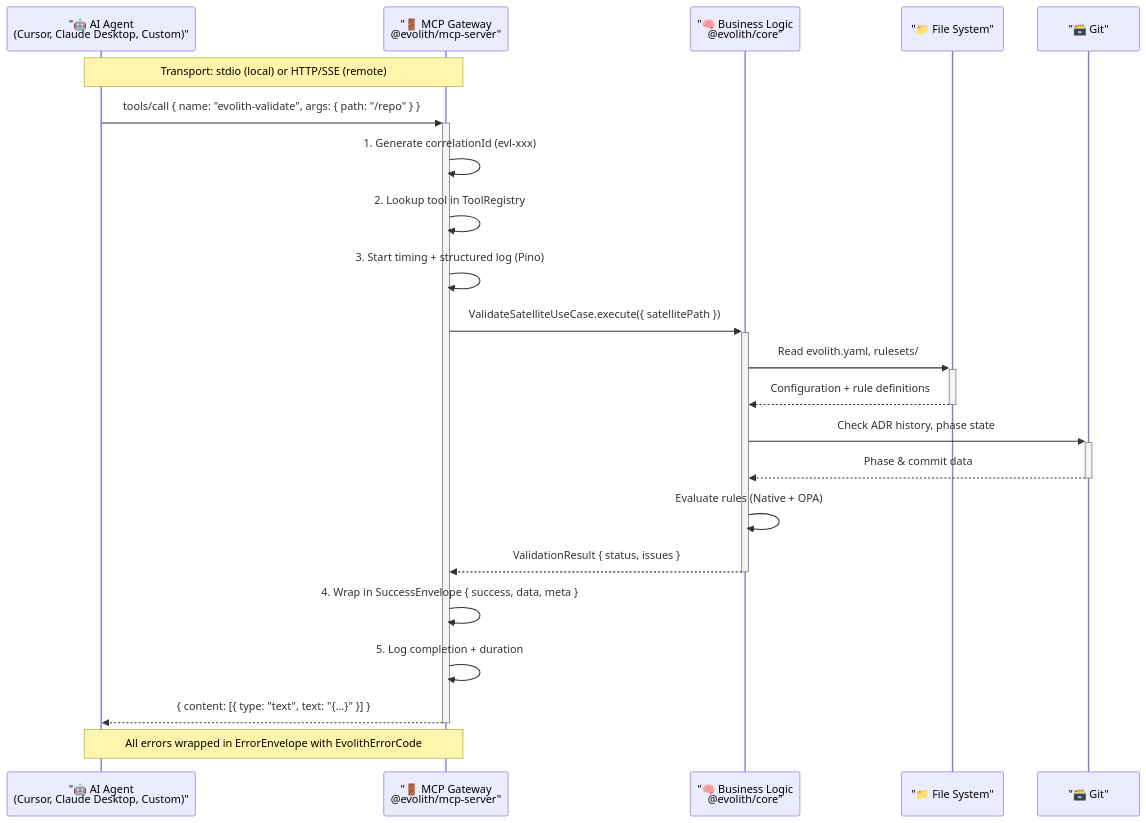
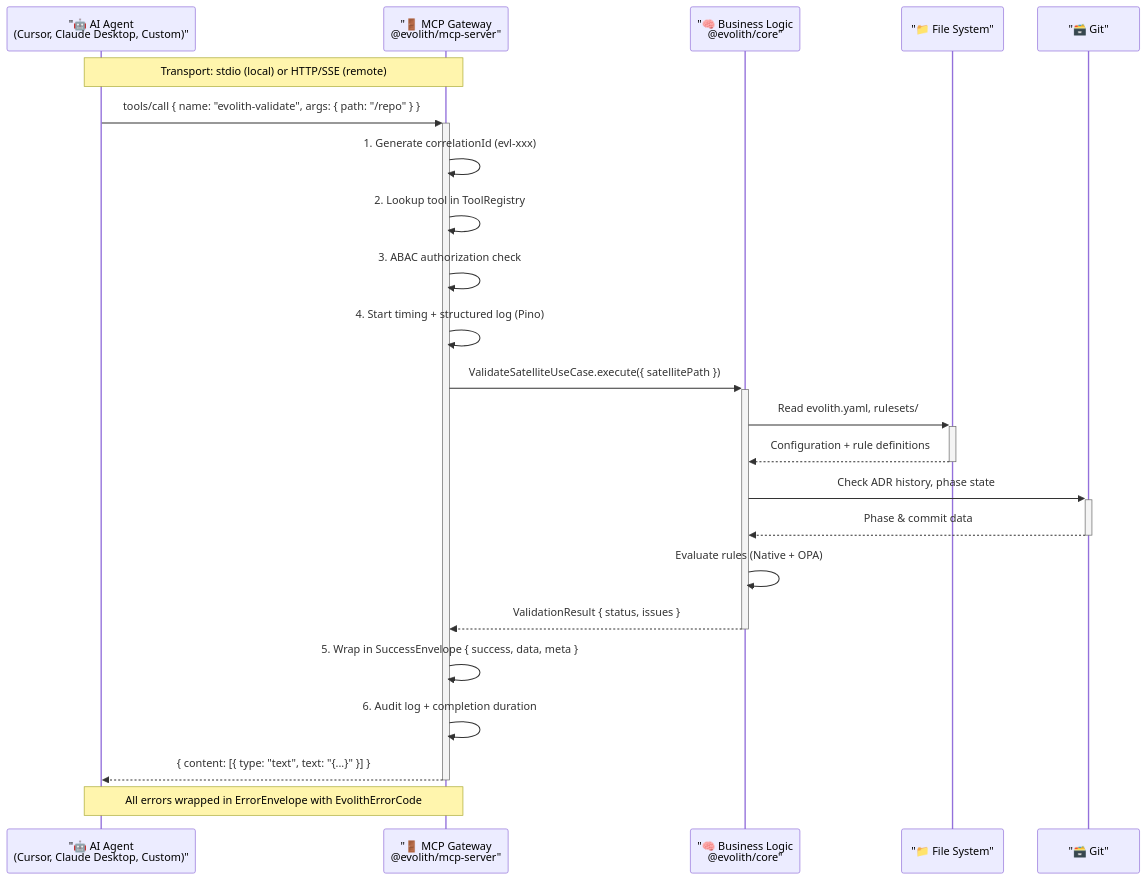
One commit to beyondnetcode/evolith_arch32 changed the diagram in packages/mcp-server/README.md. Above: the diagram before and after it, drawn with Mermaid. The commit also changed other lines of this file and 3 other files, not shown here.

````diff
--- a/packages/mcp-server/README.md
+++ b/packages/mcp-server/README.md
@@ -13,33 +34,34 @@
 ```mermaid
 sequenceDiagram
     participant Agent as "🤖 AI Agent<br/>(Cursor, Claude Desktop, Custom)"
     participant Gateway as "🚪 MCP Gateway<br/>@evolith/mcp-server"
     participant Core as "🧠 Business Logic<br/>@evolith/core"
     participant FS as "📁 File System"
     participant Git as "🗃️ Git"
 
     Note over Agent,Gateway: Transport: stdio (local) or HTTP/SSE (remote)
 
     Agent->>+Gateway: tools/call { name: "evolith-validate", args: { path: "/repo" } }
 
     Gateway->>Gateway: 1. Generate correlationId (evl-xxx)
     Gateway->>Gateway: 2. Lookup tool in ToolRegistry
-    Gateway->>Gateway: 3. Start timing + structured log (Pino)
+    Gateway->>Gateway: 3. ABAC authorization check
+    Gateway->>Gateway: 4. Start timing + structured log (Pino)
 
     Gateway->>+Core: ValidateSatelliteUseCase.execute({ satellitePath })
     Core->>+FS: Read evolith.yaml, rulesets/
     FS-->>-Core: Configuration + rule definitions
 
     Core->>+Git: Check ADR history, phase state
     Git-->>-Core: Phase & commit data
 
     Core->>Core: Evaluate rules (Native + OPA)
     Core-->>-Gateway: ValidationResult { status, issues }
 
-    Gateway->>Gateway: 4. Wrap in SuccessEnvelope { success, data, meta }
-    Gateway->>Gateway: 5. Log completion + duration
+    Gateway->>Gateway: 5. Wrap in SuccessEnvelope { success, data, meta }
+    Gateway->>Gateway: 6. Audit log + completion duration
 
     Gateway-->>-Agent: { content: [{ type: "text", text: "{...}" }] }
 
     Note over Agent,Gateway: All errors wrapped in ErrorEnvelope with EvolithErrorCode
 ```
````
